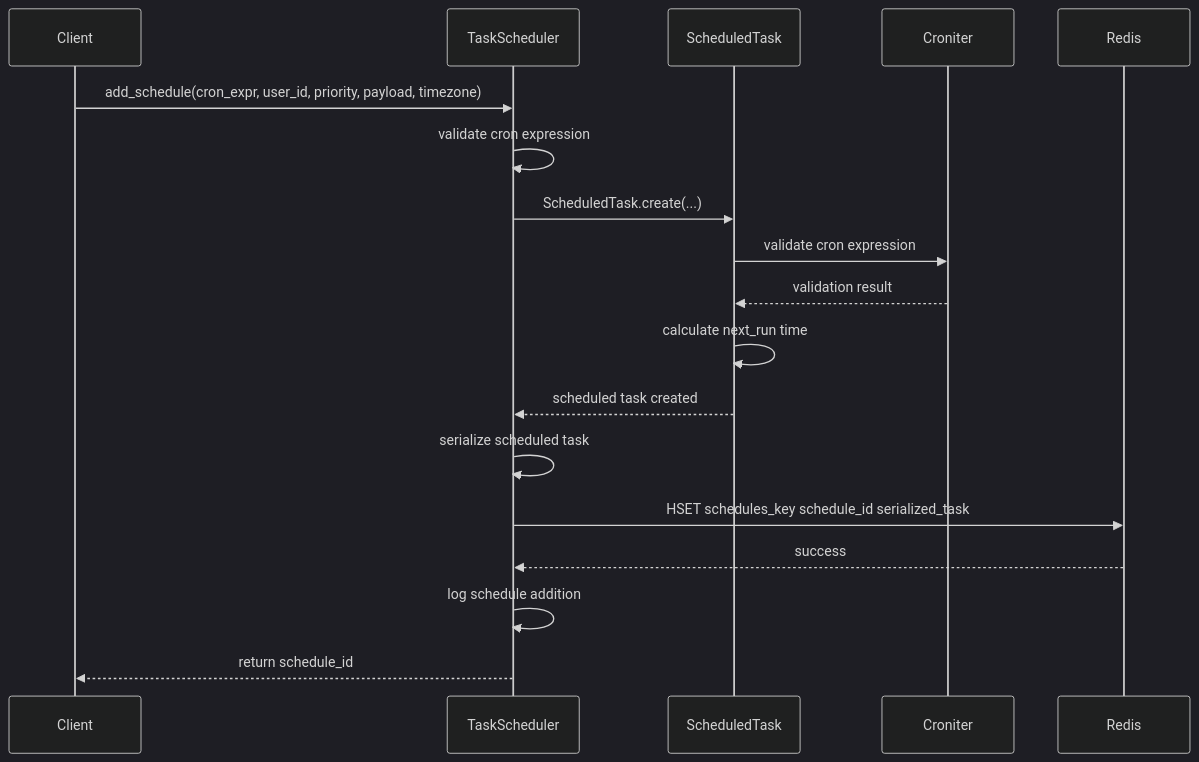
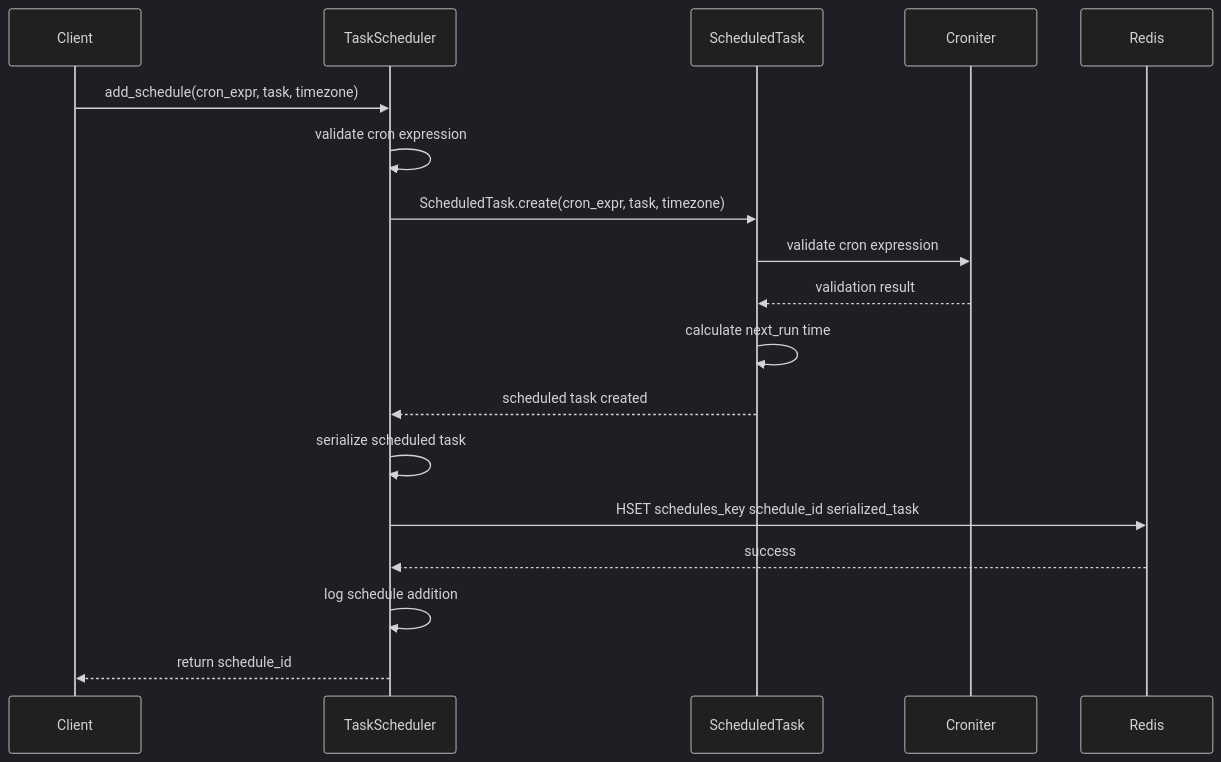
The second of 13 diagrams in docs/scheduler-sequence.md (premana/fairque), drawn with Mermaid (dark theme) before and after one commit. The commit also changed other lines of this file and 4 other files, not shown here.

````diff
--- a/docs/scheduler-sequence.md
+++ b/docs/scheduler-sequence.md
@@ -50,21 +50,21 @@
 ```mermaid
 sequenceDiagram
     participant C as Client
     participant S as TaskScheduler
     participant ST as ScheduledTask
     participant CR as Croniter
     participant R as Redis
     
-    C->>S: add_schedule(cron_expr, user_id, priority, payload, timezone)
+    C->>S: add_schedule(cron_expr, task, timezone)
     S->>S: validate cron expression
-    S->>ST: ScheduledTask.create(...)
+    S->>ST: ScheduledTask.create(cron_expr, task, timezone)
     ST->>CR: validate cron expression
     CR-->>ST: validation result
     ST->>ST: calculate next_run time
     ST-->>S: scheduled task created
     S->>S: serialize scheduled task
     S->>R: HSET schedules_key schedule_id serialized_task
     R-->>S: success
     S->>S: log schedule addition
     S-->>C: return schedule_id
 ```
````
